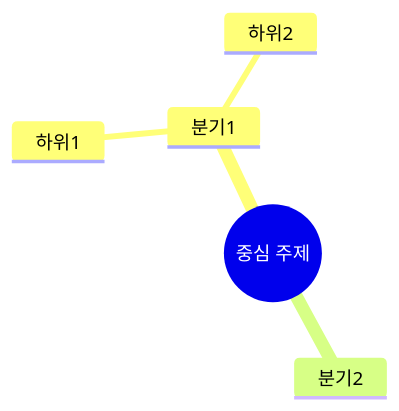
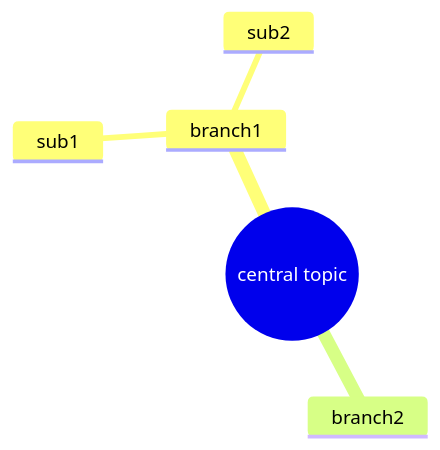
The first of 4 diagrams in solera/skills/writing-goal/references/mermaid-service-map.md (noory-code/noory-ai), drawn with Mermaid before and after one commit. The commit also changed other lines of this file and 95 other files, not shown here.

````diff
--- a/solera/skills/writing-goal/references/mermaid-service-map.md
+++ b/solera/skills/writing-goal/references/mermaid-service-map.md
@@ -7,8 +7,8 @@
 ```mermaid
 mindmap
-  root((중심 주제))
-    분기1
-      하위1
-      하위2
-    분기2
+  root((central topic))
+    branch1
+      sub1
+      sub2
+    branch2
 ```
````
